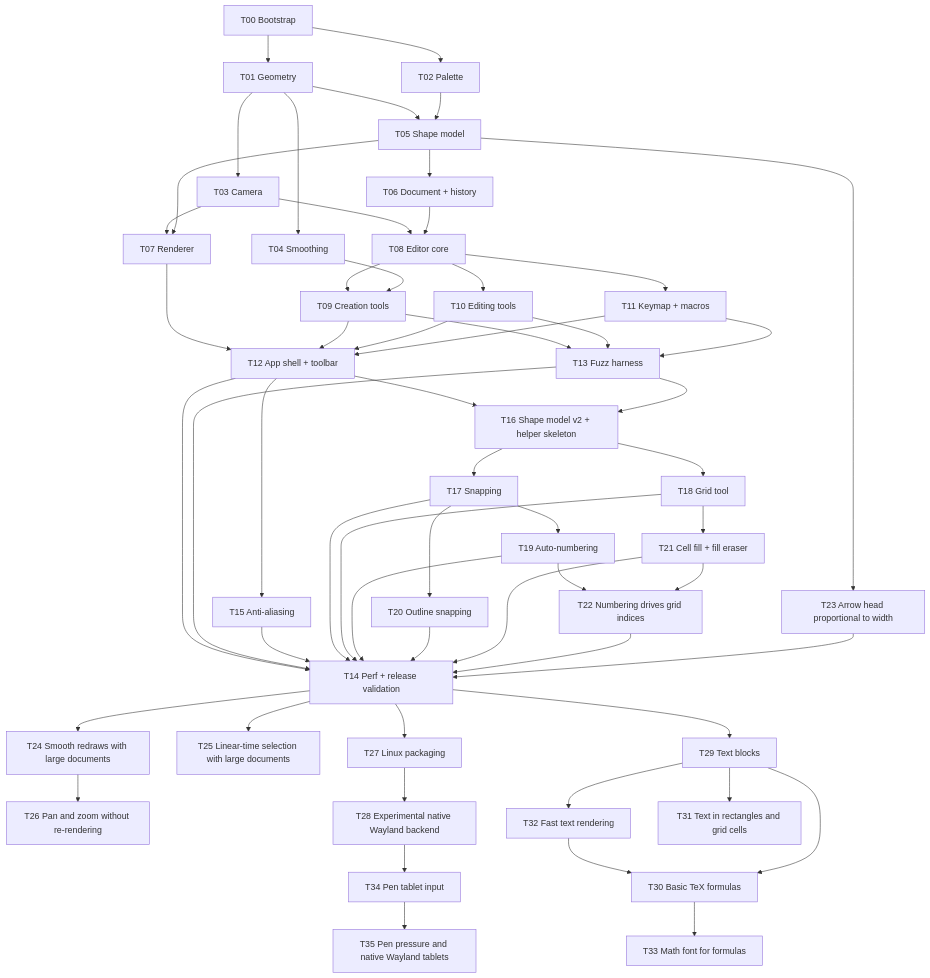
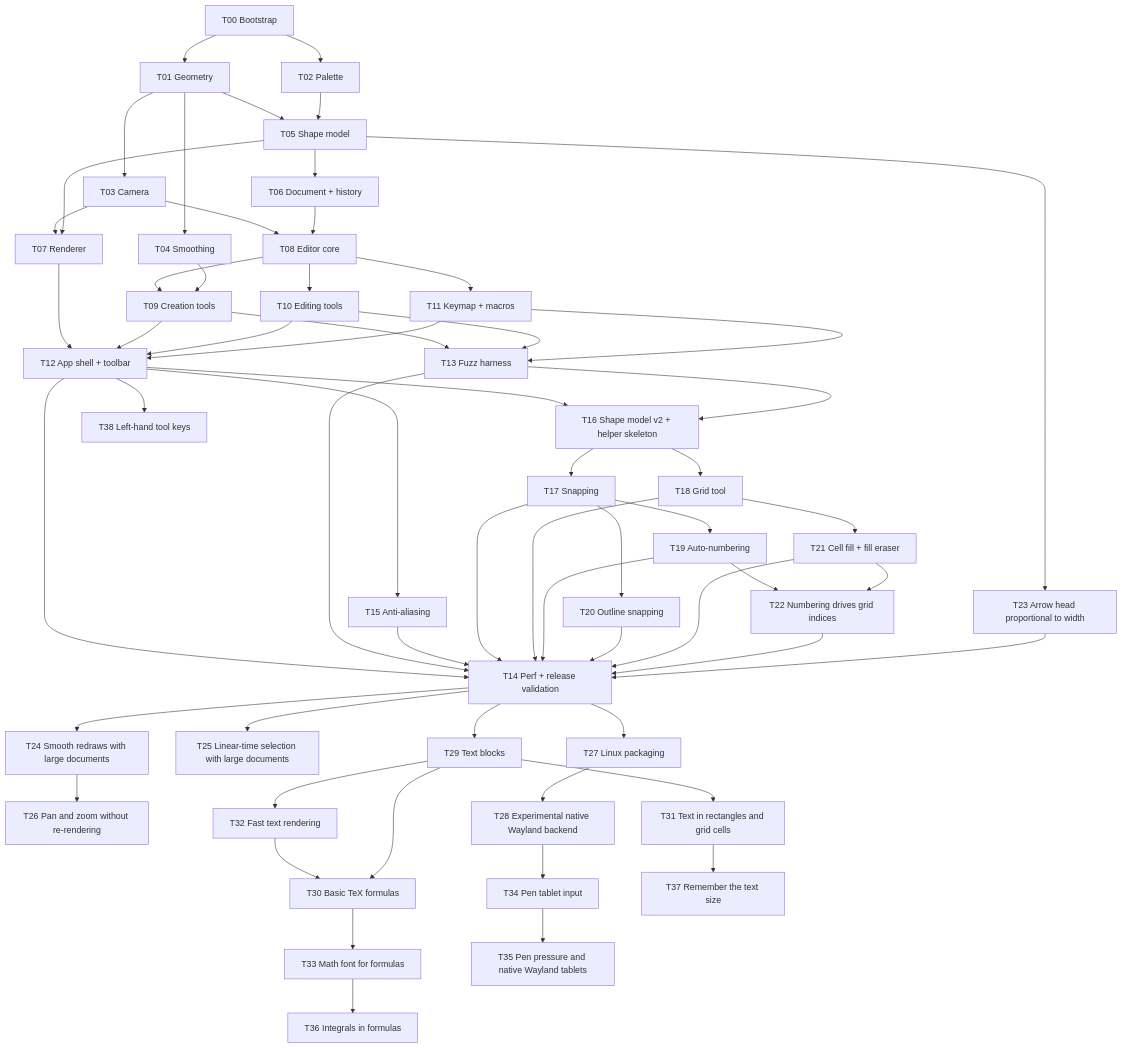
The diagram in docs/tasks/Task Board.md (UmBender/draw), drawn with Mermaid before and after one commit. The commit also changed other lines of this file and 3 other files, not shown here.

````diff
--- a/docs/tasks/Task Board.md
+++ b/docs/tasks/Task Board.md
@@ -12,59 +12,62 @@
 ```mermaid
 flowchart TD
   T00[T00 Bootstrap] --> T01[T01 Geometry]
   T00 --> T02[T02 Palette]
   T01 --> T03[T03 Camera]
   T01 --> T04[T04 Smoothing]
   T01 --> T05[T05 Shape model]
   T02 --> T05
   T05 --> T06[T06 Document + history]
   T03 --> T07[T07 Renderer]
   T05 --> T07
   T03 --> T08[T08 Editor core]
   T06 --> T08
   T08 --> T09[T09 Creation tools]
   T04 --> T09
   T08 --> T10[T10 Editing tools]
   T08 --> T11[T11 Keymap + macros]
   T07 --> T12[T12 App shell + toolbar]
   T09 --> T12
   T10 --> T12
   T11 --> T12
   T09 --> T13[T13 Fuzz harness]
   T10 --> T13
   T11 --> T13
   T12 --> T14[T14 Perf + release validation]
   T13 --> T14
   T12 --> T15[T15 Anti-aliasing]
   T12 --> T16[T16 Shape model v2 + helper skeleton]
   T13 --> T16
   T16 --> T17[T17 Snapping]
   T16 --> T18[T18 Grid tool]
   T17 --> T19[T19 Auto-numbering]
   T17 --> T20[T20 Outline snapping]
   T15 --> T14
   T17 --> T14
   T18 --> T14
   T19 --> T14
   T20 --> T14
   T18 --> T21[T21 Cell fill + fill eraser]
   T21 --> T14
   T19 --> T22[T22 Numbering drives grid indices]
   T21 --> T22
   T22 --> T14
   T05 --> T23[T23 Arrow head proportional to width]
   T23 --> T14
   T14 --> T24[T24 Smooth redraws with large documents]
   T14 --> T25[T25 Linear-time selection with large documents]
   T24 --> T26[T26 Pan and zoom without re-rendering]
   T14 --> T27[T27 Linux packaging]
   T27 --> T28[T28 Experimental native Wayland backend]
   T14 --> T29[T29 Text blocks]
   T29 --> T32[T32 Fast text rendering]
   T32 --> T30[T30 Basic TeX formulas]
   T29 --> T30
   T29 --> T31[T31 Text in rectangles and grid cells]
   T30 --> T33[T33 Math font for formulas]
   T28 --> T34[T34 Pen tablet input]
   T34 --> T35[T35 Pen pressure and native Wayland tablets]
+  T33 --> T36[T36 Integrals in formulas]
+  T31 --> T37[T37 Remember the text size]
+  T12 --> T38[T38 Left-hand tool keys]
 ```
````
